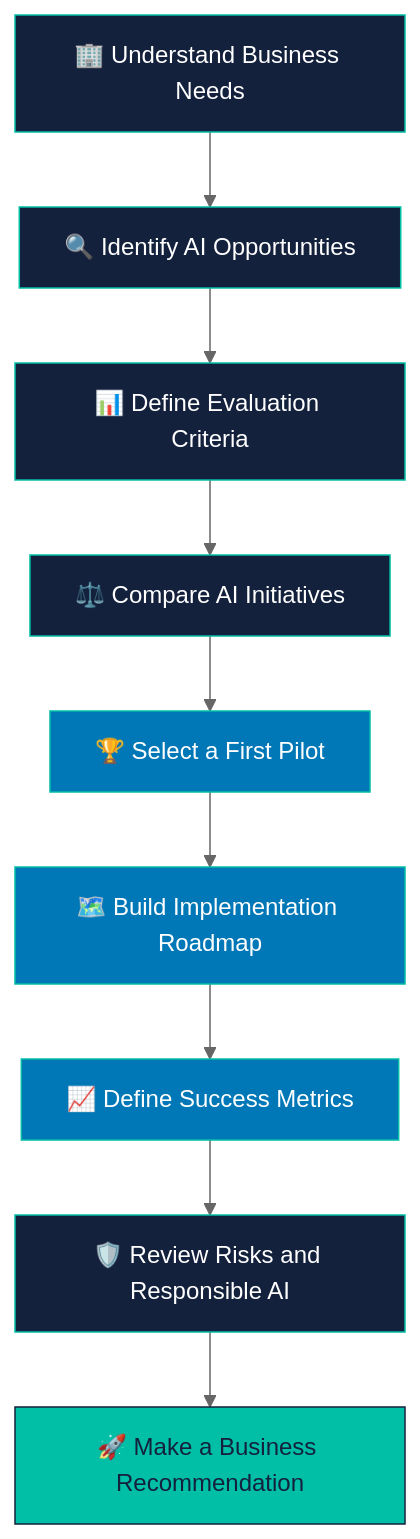
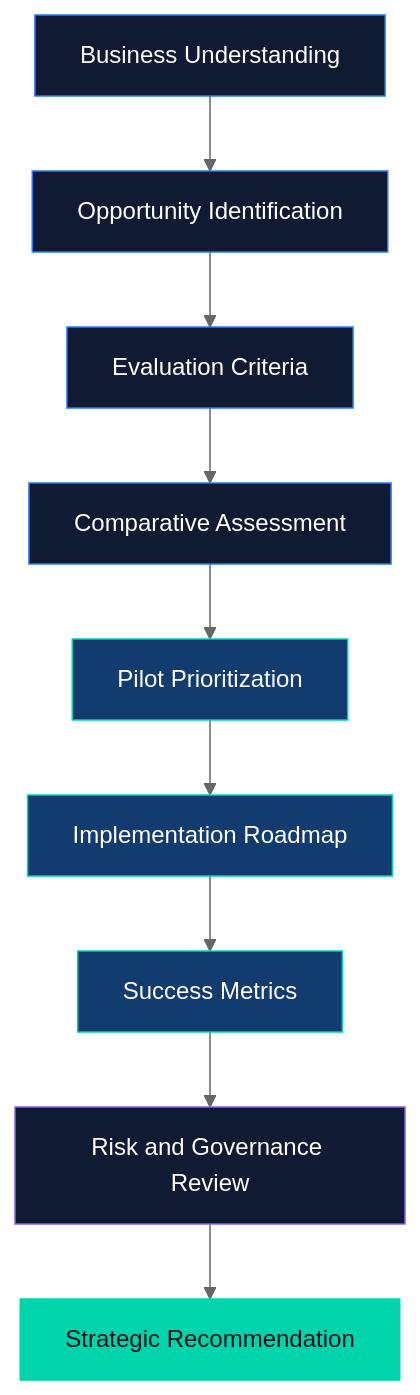
One commit to govardhan-goud123/AI_opportunity_and_statergy changed the diagram in README.md. Above: the diagram before and after it, drawn with Mermaid (neutral theme). The commit also changed other lines of this file, not shown here.

````diff
--- a/README.md
+++ b/README.md
@@ -159,21 +116,21 @@
 ```mermaid
 flowchart TD
-    A["🏢 Understand Business Needs"] --> B["🔍 Identify AI Opportunities"]
-    B --> C["📊 Define Evaluation Criteria"]
-    C --> D["⚖️ Compare AI Initiatives"]
-    D --> E["🏆 Select a First Pilot"]
-    E --> F["🗺️ Build Implementation Roadmap"]
-    F --> G["📈 Define Success Metrics"]
-    G --> H["🛡️ Review Risks and Responsible AI"]
-    H --> I["🚀 Make a Business Recommendation"]
+    A["Business Understanding"] --> B["Opportunity Identification"]
+    B --> C["Evaluation Criteria"]
+    C --> D["Comparative Assessment"]
+    D --> E["Pilot Prioritization"]
+    E --> F["Implementation Roadmap"]
+    F --> G["Success Metrics"]
+    G --> H["Risk and Governance Review"]
+    H --> I["Strategic Recommendation"]
 
-    style A fill:#14213D,color:#FFFFFF,stroke:#00BFA6
-    style B fill:#14213D,color:#FFFFFF,stroke:#00BFA6
-    style C fill:#14213D,color:#FFFFFF,stroke:#00BFA6
-    style D fill:#14213D,color:#FFFFFF,stroke:#00BFA6
-    style E fill:#0077B6,color:#FFFFFF,stroke:#00BFA6
-    style F fill:#0077B6,color:#FFFFFF,stroke:#00BFA6
-    style G fill:#0077B6,color:#FFFFFF,stroke:#00BFA6
-    style H fill:#14213D,color:#FFFFFF,stroke:#00BFA6
-    style I fill:#00BFA6,color:#14213D,stroke:#14213D
+    style A fill:#101B33,color:#FFFFFF,stroke:#2878FF
+    style B fill:#101B33,color:#FFFFFF,stroke:#2878FF
+    style C fill:#101B33,color:#FFFFFF,stroke:#2878FF
+    style D fill:#101B33,color:#FFFFFF,stroke:#2878FF
+    style E fill:#123B70,color:#FFFFFF,stroke:#00D4AA
+    style F fill:#123B70,color:#FFFFFF,stroke:#00D4AA
+    style G fill:#123B70,color:#FFFFFF,stroke:#00D4AA
+    style H fill:#101B33,color:#FFFFFF,stroke:#8B5CF6
+    style I fill:#00D4AA,color:#0B1020,stroke:#00D4AA
 ```
````
